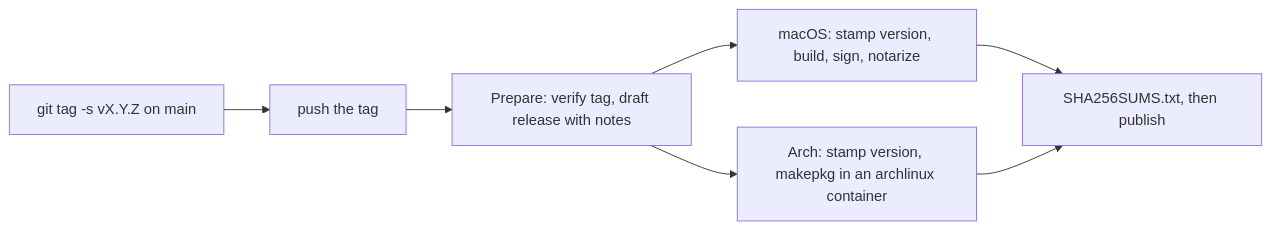
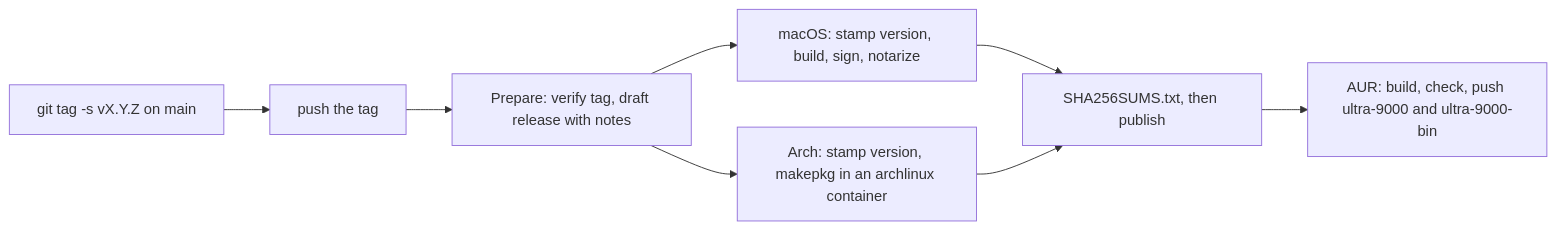
Before and after one commit to yasen-pavlov/ultra_9000: the diagram in docs/releasing.md, drawn with Mermaid. The commit also changed other lines of this file and 9 other files, not shown here.

First line of the commit message:
feat(packaging): publish ultra-9000 and ultra-9000-bin to the AUR (#6)

````diff
--- a/docs/releasing.md
+++ b/docs/releasing.md
@@ -25,9 +25,10 @@
 ```mermaid
 flowchart LR
   A[git tag -s vX.Y.Z on main] --> B[push the tag]
   B --> C[Prepare: verify tag, draft release with notes]
   C --> D[macOS: stamp version, build, sign, notarize]
   C --> E[Arch: stamp version, makepkg in an archlinux container]
   D --> F[SHA256SUMS.txt, then publish]
   E --> F
+  F --> G[AUR: build, check, push ultra-9000 and ultra-9000-bin]
 ```
````
